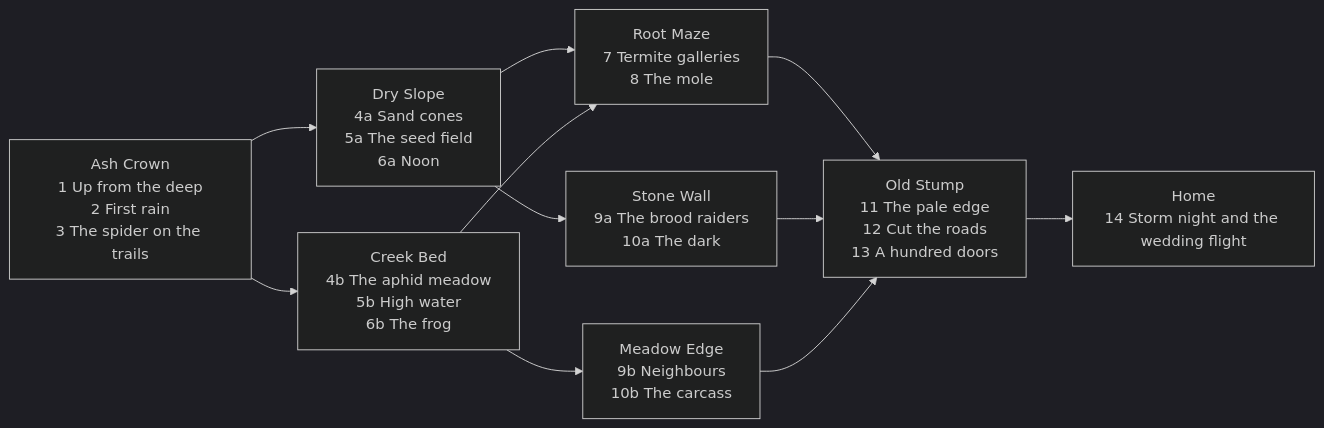
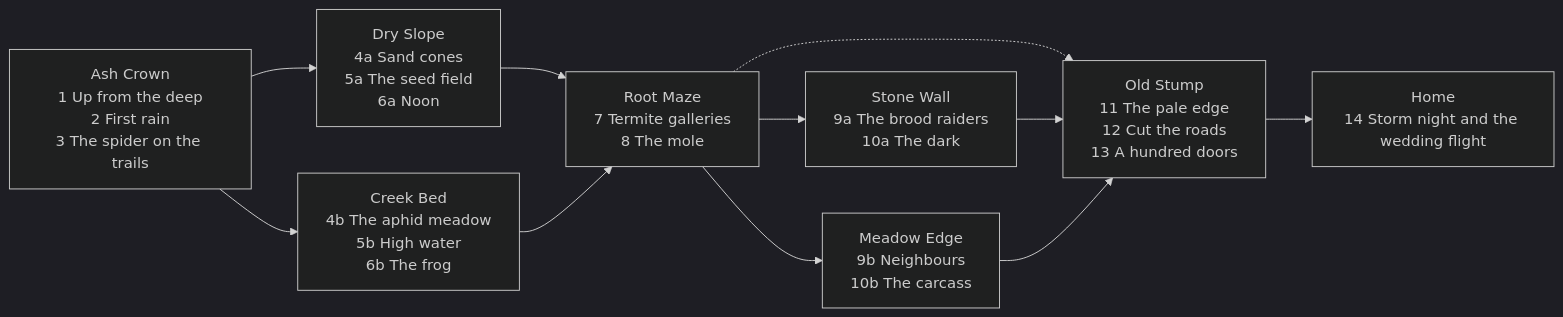
One commit to adam0white/games changed the first of 2 diagrams in docs/design/colony/13-full-game.md. Above: the diagram before and after it, drawn with Mermaid (dark theme). The commit also changed other lines of this file, not shown here.

````diff
--- a/docs/design/colony/13-full-game.md
+++ b/docs/design/colony/13-full-game.md
@@ -36,13 +36,13 @@
 ```mermaid
 flowchart LR
   A["Ash Crown<br/>1 Up from the deep<br/>2 First rain<br/>3 The spider on the trails"] --> B["Dry Slope<br/>4a Sand cones<br/>5a The seed field<br/>6a Noon"]
   A --> C["Creek Bed<br/>4b The aphid meadow<br/>5b High water<br/>6b The frog"]
   B --> D["Root Maze<br/>7 Termite galleries<br/>8 The mole"]
   C --> D
-  B --> E["Stone Wall<br/>9a The brood raiders<br/>10a The dark"]
-  C --> F["Meadow Edge<br/>9b Neighbours<br/>10b The carcass"]
-  D --> G["Old Stump<br/>11 The pale edge<br/>12 Cut the roads<br/>13 A hundred doors"]
+  D --> E["Stone Wall<br/>9a The brood raiders<br/>10a The dark"]
+  D --> F["Meadow Edge<br/>9b Neighbours<br/>10b The carcass"]
+  D -.-> G["Old Stump<br/>11 The pale edge<br/>12 Cut the roads<br/>13 A hundred doors"]
   E --> G
   F --> G
   G --> H["Home<br/>14 Storm night and the wedding flight"]
 ```
````
